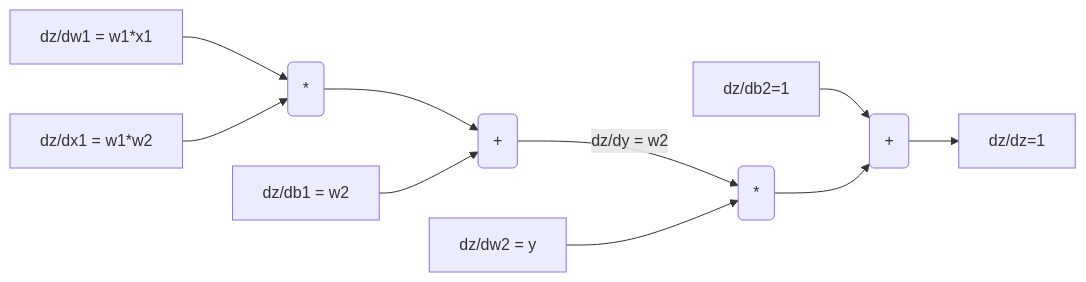
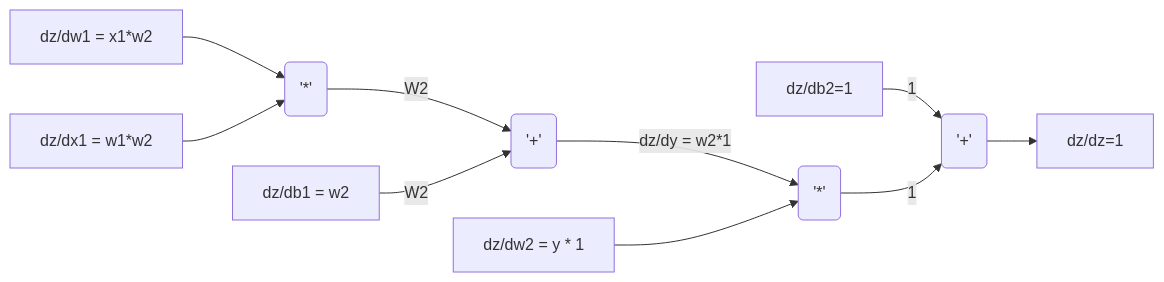
Before and after one commit to elaplas/autograd: the second of 5 diagrams in README.md, drawn with Mermaid. The commit also changed other lines of this file, not shown here.

````diff
--- a/README.md
+++ b/README.md
@@ -35,12 +35,12 @@
 ```mermaid
 graph LR
-A[dz/dw1 = w1*x1] -->D(*) 
-B[dz/dx1 = w1*w2] -->D(*)
-D(*) --> E(+)
-C[dz/db1 = w2] --> E(+)
-E(+) --> |dz/dy = w2| G(*)
-M[dz/dw2 = y] -->G(*)
-N[dz/db2=1] -->L(+)
-G(*) --> L(+)
-L(+) -->R[dz/dz=1]
+A[dz/dw1 = x1*w2] -->D('*') 
+B[dz/dx1 = w1*w2] -->D('*')
+D('*') --> |W2| E('+')
+C[dz/db1 = w2] --> |W2| E('+')
+E('+') --> |dz/dy = w2*1| G('*')
+M[dz/dw2 = y * 1] -->G('*')
+N[dz/db2=1]--> |1| L('+')
+G('*') --> |1| L('+')
+L('+') -->R[dz/dz=1]
 ```
````
